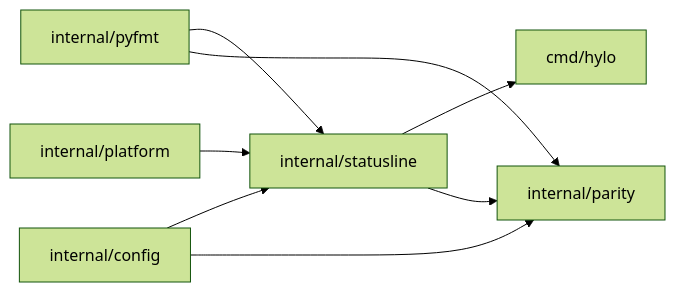
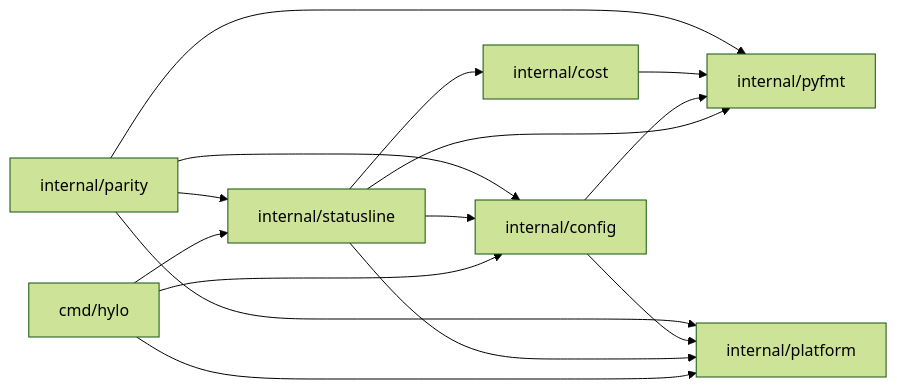
One commit to drbothen/hylo changed the diagram in specs/prd-supplements/module-criticality.md. Above: the diagram before and after it, drawn with Mermaid (forest theme). The commit also changed other lines of this file and 146 other files, not shown here.

````diff
--- a/specs/prd-supplements/module-criticality.md
+++ b/specs/prd-supplements/module-criticality.md
@@ -95,10 +108,17 @@
 ```mermaid
 graph LR
-    S5[internal/pyfmt] --> S1[internal/statusline]
-    S2[internal/config] --> S1
-    S3[internal/platform] --> S1
-    S1 --> S4[cmd/hylo]
-    S1 --> S6[internal/parity]
-    S5 --> S6
-    S2 --> S6
+    S4[cmd/hylo] --> S1[internal/statusline]
+    S4 --> S2[internal/config]
+    S4 --> S3[internal/platform]
+    S1 --> SC[internal/cost]
+    S1 --> S2
+    S1 --> S3
+    S1 --> S5[internal/pyfmt]
+    S2 --> S3
+    S2 --> S5
+    SC --> S5
+    S6[internal/parity] --> S1
+    S6 --> S2
+    S6 --> S3
+    S6 --> S5
 ```
````
